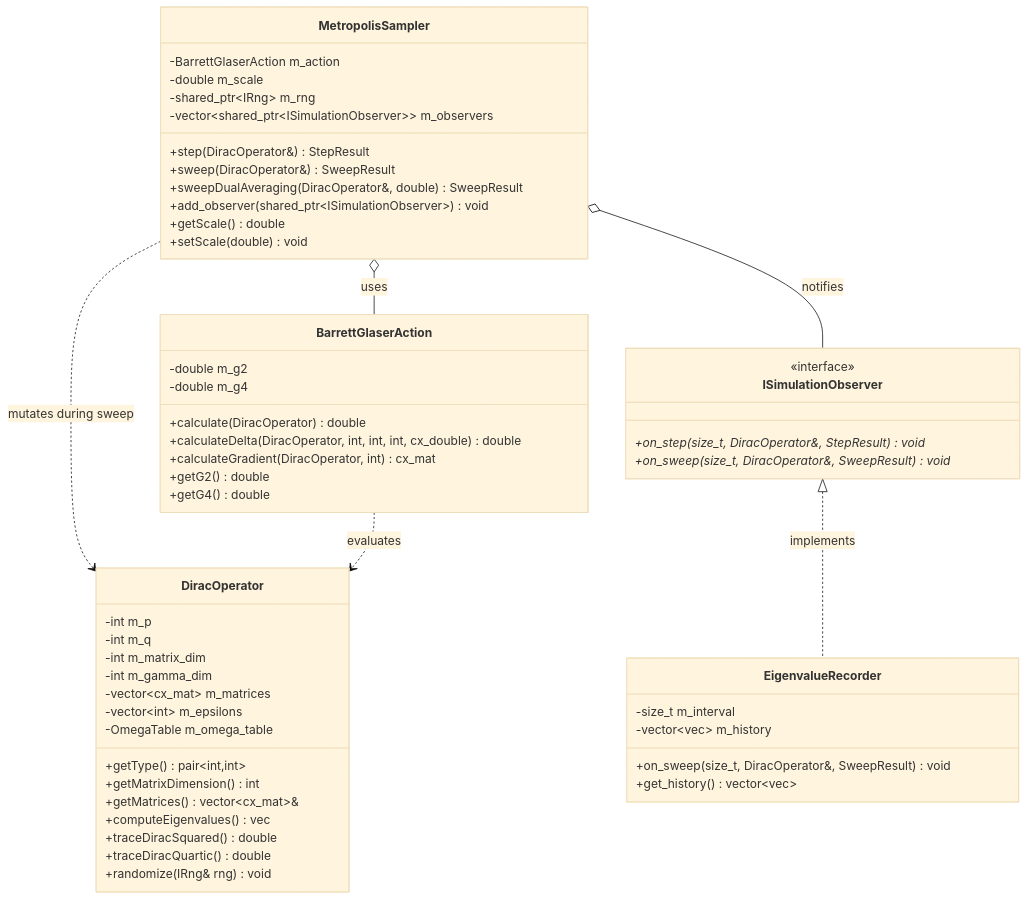
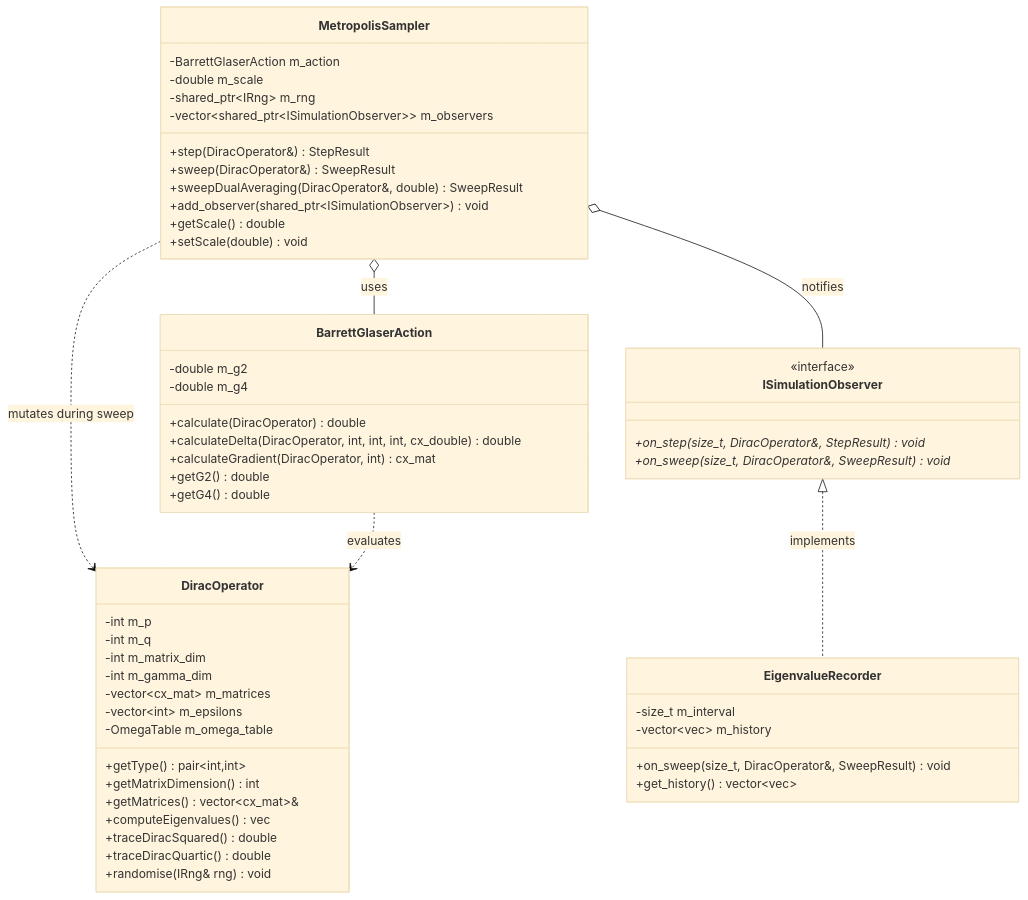
One commit to pauldruce/RFL changed the third of 3 diagrams in docs/Architecture.md. Above: the diagram before and after it, drawn with Mermaid (base theme). The commit also changed other lines of this file and 4 other files, not shown here.

````diff
--- a/docs/Architecture.md
+++ b/docs/Architecture.md
@@ -118,61 +118,61 @@
 ```mermaid
 classDiagram
     class DiracOperator {
         -int m_p
         -int m_q
         -int m_matrix_dim
         -int m_gamma_dim
         -vector~cx_mat~ m_matrices
         -vector~int~ m_epsilons
         -OmegaTable m_omega_table
         +getType() pair~int,int~
         +getMatrixDimension() int
         +getMatrices() vector~cx_mat~&
         +computeEigenvalues() vec
         +traceDiracSquared() double
         +traceDiracQuartic() double
-        +randomize(IRng& rng) void
+        +randomise(IRng& rng) void
     }
 
     class BarrettGlaserAction {
         -double m_g2
         -double m_g4
         +calculate(DiracOperator) double
         +calculateDelta(DiracOperator, int, int, int, cx_double) double
         +calculateGradient(DiracOperator, int) cx_mat
         +getG2() double
         +getG4() double
     }
 
     class MetropolisSampler {
         -BarrettGlaserAction m_action
         -double m_scale
         -shared_ptr~IRng~ m_rng
         -vector~shared_ptr~ISimulationObserver~~ m_observers
         +step(DiracOperator&) StepResult
         +sweep(DiracOperator&) SweepResult
         +sweepDualAveraging(DiracOperator&, double) SweepResult
         +add_observer(shared_ptr~ISimulationObserver~) void
         +getScale() double
         +setScale(double) void
     }
 
     class ISimulationObserver {
         <<interface>>
         +on_step(size_t, DiracOperator&, StepResult) void*
         +on_sweep(size_t, DiracOperator&, SweepResult) void*
     }
 
     class EigenvalueRecorder {
         -size_t m_interval
         -vector~vec~ m_history
         +on_sweep(size_t, DiracOperator&, SweepResult) void
         +get_history() vector~vec~
     }
 
     ISimulationObserver <|.. EigenvalueRecorder : implements
     MetropolisSampler o-- BarrettGlaserAction : uses
     MetropolisSampler o-- ISimulationObserver : notifies
     MetropolisSampler ..> DiracOperator : mutates during sweep
     BarrettGlaserAction ..> DiracOperator : evaluates
 ```
````
